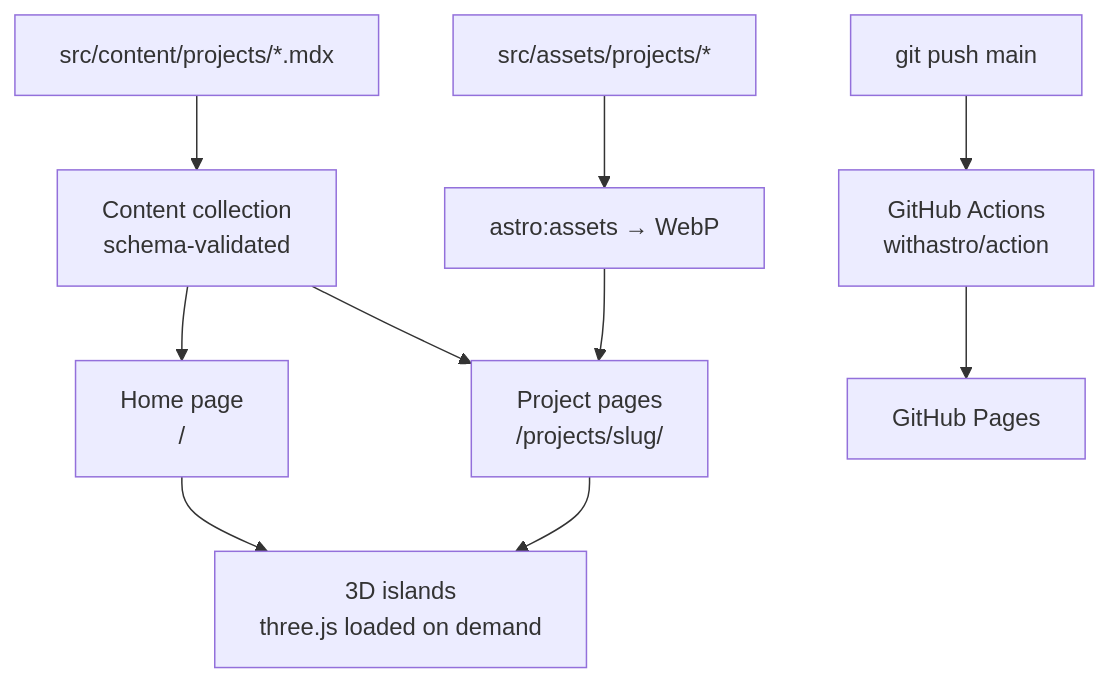
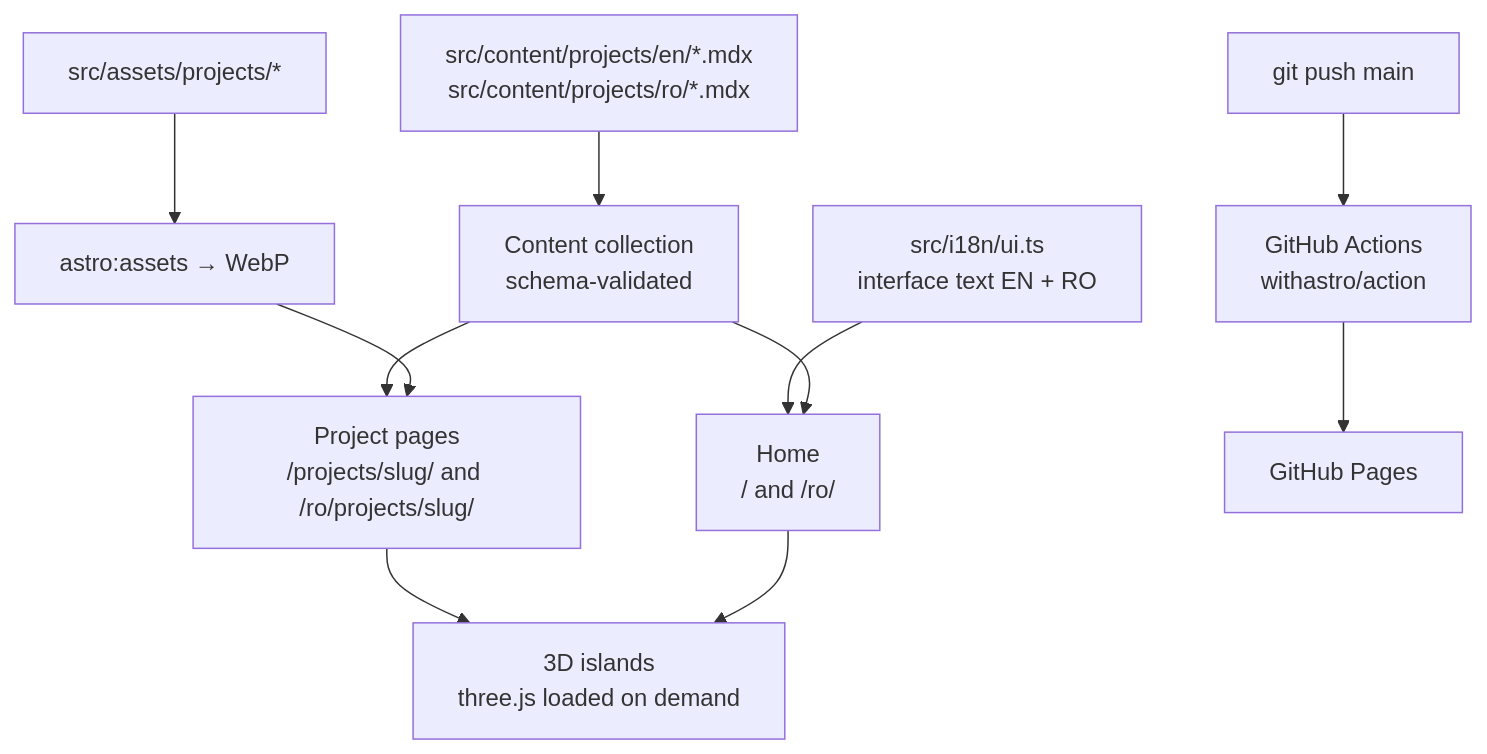
One commit to North-Lab-RO/north-lab-ro.github.io changed the fifth of 5 diagrams in README.md. Above: the diagram before and after it, drawn with Mermaid. The commit also changed other lines of this file and 49 other files, not shown here.

````diff
--- a/README.md
+++ b/README.md
@@ -70,11 +87,12 @@
 ```mermaid
 flowchart TB
-    MDX[src/content/projects/*.mdx] --> COL[Content collection<br/>schema-validated]
-    COL --> HOME[Home page<br/>/]
-    COL --> PAGE[Project pages<br/>/projects/slug/]
+    MDX[src/content/projects/en/*.mdx<br/>src/content/projects/ro/*.mdx] --> COL[Content collection<br/>schema-validated]
+    UI[src/i18n/ui.ts<br/>interface text EN + RO] --> HOME
+    COL --> HOME[Home<br/>/ and /ro/]
+    COL --> PAGE[Project pages<br/>/projects/slug/ and /ro/projects/slug/]
     ASSETS[src/assets/projects/*] --> IMG[astro:assets → WebP]
     IMG --> PAGE
     PAGE --> ISL[3D islands<br/>three.js loaded on demand]
     HOME --> ISL
     PUSH[git push main] --> GA[GitHub Actions<br/>withastro/action] --> GP[GitHub Pages]
 ```
````
